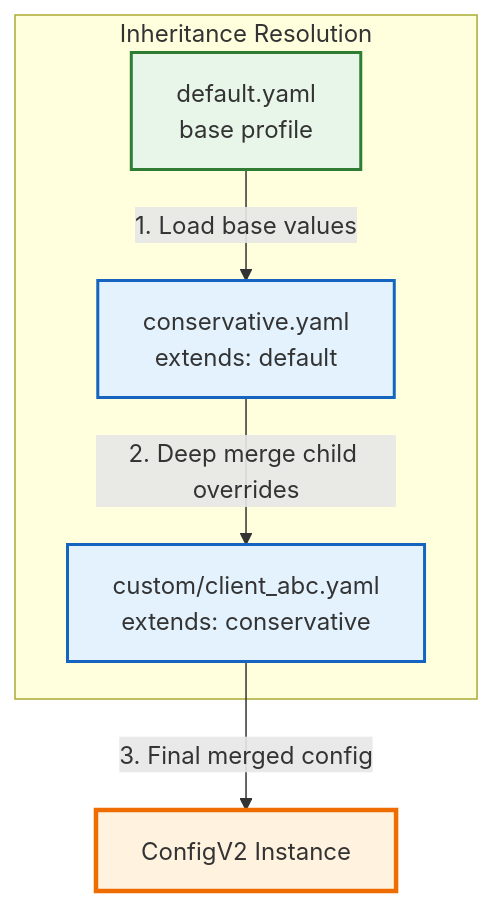
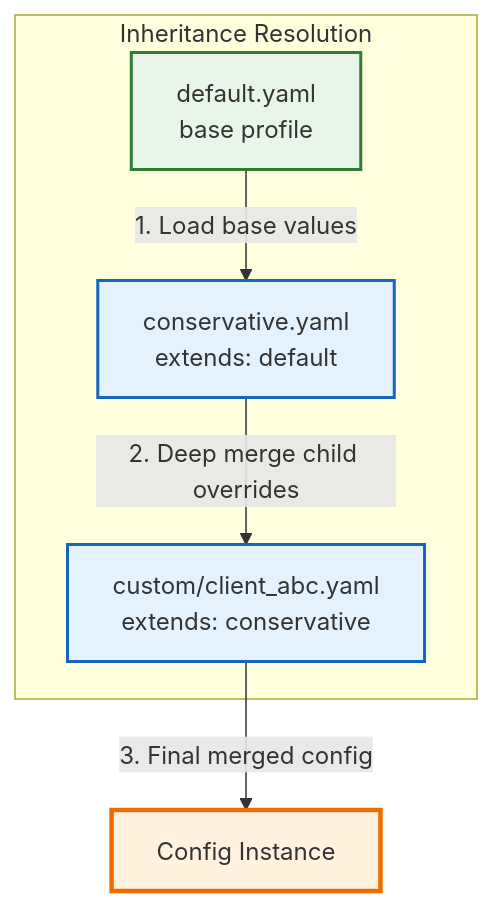
Before and after one commit to AlexFiliakov/Ergodic-Insurance-Limits: the fourth of 5 diagrams in ergodic_insurance/docs/architecture/configuration_v2.md, drawn with Mermaid. The commit also changed other lines of this file and 295 other files, not shown here.

````diff
--- a/ergodic_insurance/docs/architecture/configuration_v2.md
+++ b/ergodic_insurance/docs/architecture/configuration_v2.md
@@ -252,20 +249,20 @@
 ```{mermaid}
 graph TD
     subgraph InheritanceChain["Inheritance Resolution"]
         CUSTOM_CLIENT["custom/client_abc.yaml<br/>extends: conservative"]
         CONSERVATIVE["conservative.yaml<br/>extends: default"]
         DEFAULT["default.yaml<br/>base profile"]
     end
 
     DEFAULT -->|"1. Load base values"| CONSERVATIVE
     CONSERVATIVE -->|"2. Deep merge child overrides"| CUSTOM_CLIENT
-    CUSTOM_CLIENT -->|"3. Final merged config"| RESULT["ConfigV2 Instance"]
+    CUSTOM_CLIENT -->|"3. Final merged config"| RESULT["Config Instance"]
 
     classDef base fill:#e8f5e9,stroke:#2e7d32,stroke-width:2px
     classDef derived fill:#e3f2fd,stroke:#1565c0,stroke-width:2px
     classDef result fill:#fff3e0,stroke:#ef6c00,stroke-width:3px
 
     class DEFAULT base
     class CONSERVATIVE,CUSTOM_CLIENT derived
     class RESULT result
 ```
````
